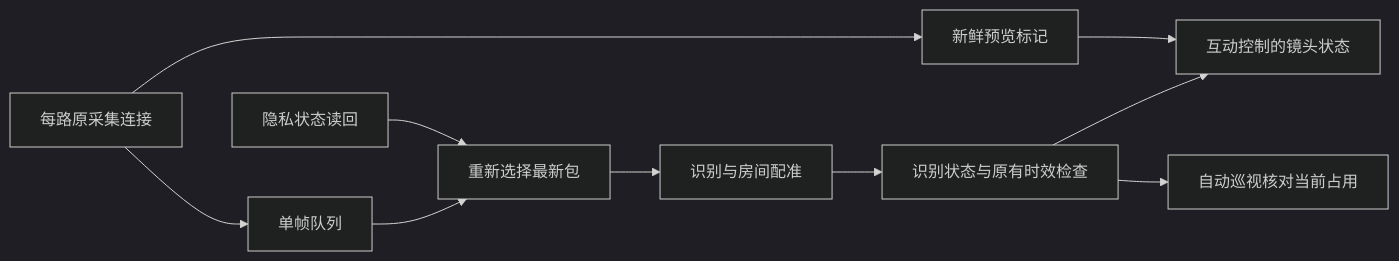
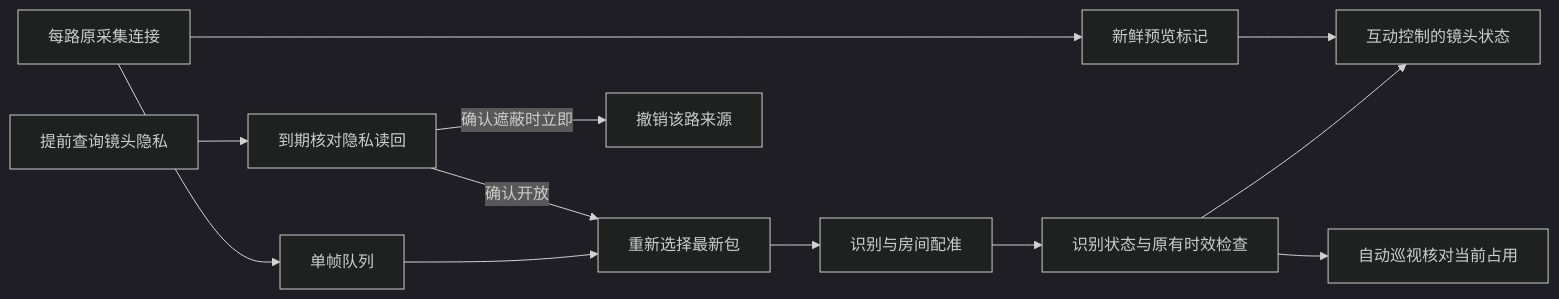
Before and after one commit to Geeprox/Friday: the fifth of 38 diagrams in docs/architecture.md, drawn with Mermaid (dark theme). The commit also changed other lines of this file and 4 other files, not shown here.

````diff
--- a/docs/architecture.md
+++ b/docs/architecture.md
@@ -181,12 +182,14 @@
 ```mermaid
 flowchart LR
   A[每路原采集连接] --> B[新鲜预览标记]
   A --> C[单帧队列]
-  D[隐私状态读回] --> E[重新选择最新包]
+  D[提前查询镜头隐私] --> K[到期核对隐私读回]
+  K -->|确认开放| E[重新选择最新包]
+  K -->|确认遮蔽时立即| L[撤销该路来源]
   C --> E
   E --> F[识别与房间配准]
   F --> G[识别状态与原有时效检查]
   G --> I[自动巡视核对当前占用]
   B --> H[互动控制的镜头状态]
   G --> H
 ```
````
